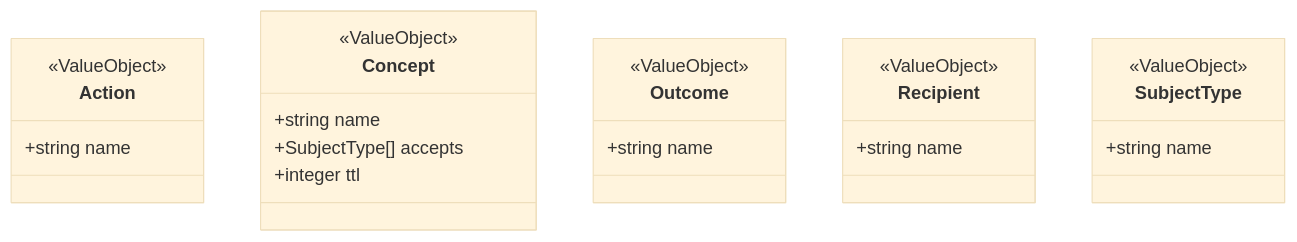
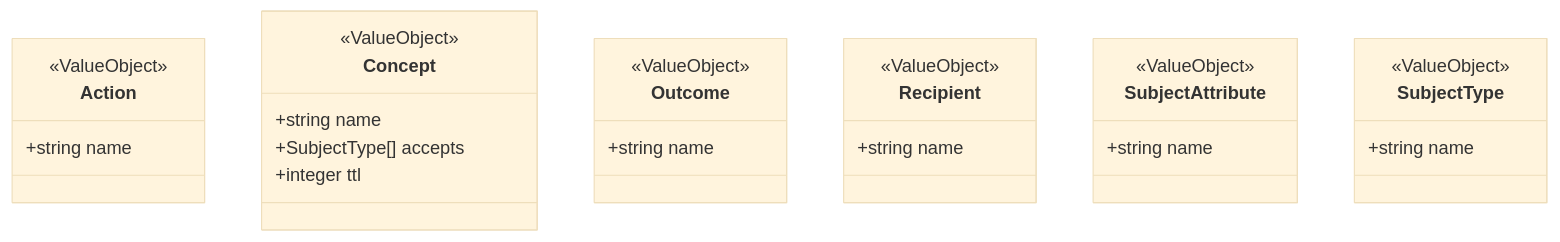
Before and after one commit to zig999/servicedesk: the diagram in knowledge/projections/class-diagram-glossary.mmd, drawn with Mermaid (base theme). The commit also changed 12 other files, not shown here.

```diff
--- a/knowledge/projections/class-diagram-glossary.mmd
+++ b/knowledge/projections/class-diagram-glossary.mmd
@@ -1,23 +1,27 @@
 classDiagram
     class Action {
         <<ValueObject>>
         +string name
     }
     class Concept {
         <<ValueObject>>
         +string name
         +SubjectType[] accepts
         +integer ttl
     }
     class Outcome {
         <<ValueObject>>
         +string name
     }
     class Recipient {
         <<ValueObject>>
         +string name
     }
+    class SubjectAttribute {
+        <<ValueObject>>
+        +string name
+    }
     class SubjectType {
         <<ValueObject>>
         +string name
     }
```
